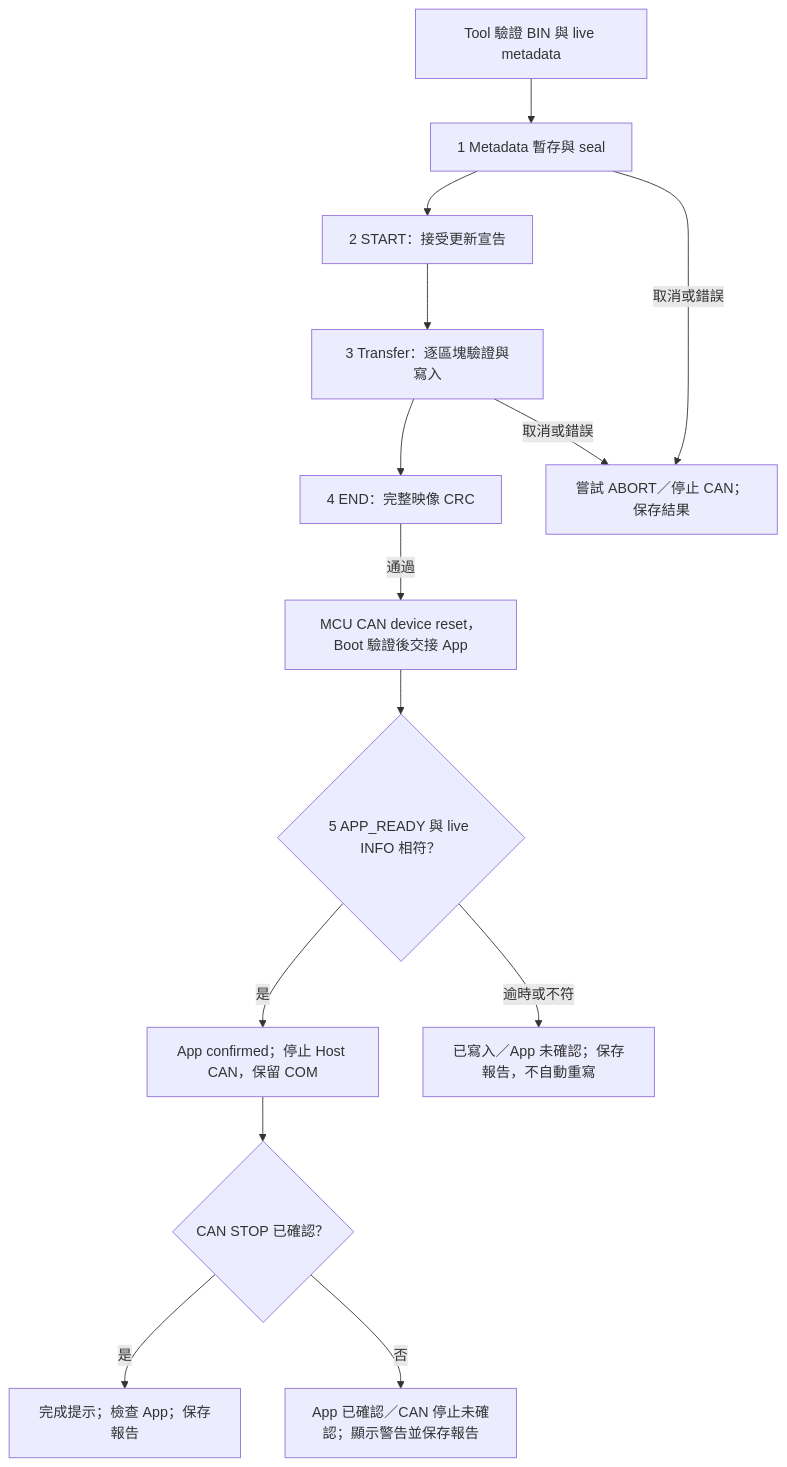
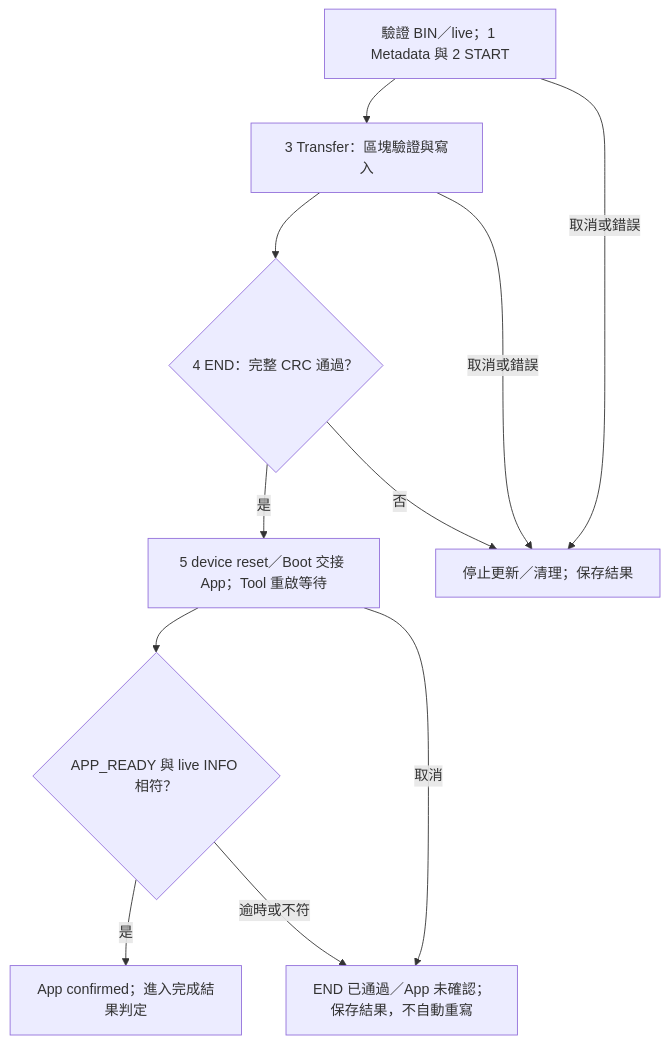
One commit to released/slide_isp_tool_for_RL78 changed diagram 15 of 19 in index.md. Above: the diagram before and after it, drawn with Mermaid. The commit also changed other lines of this file and 1 other file, not shown here.

````diff
--- a/index.md
+++ b/index.md
@@ -1133,16 +1150,13 @@
 ```mermaid
 flowchart TD
-    A["Tool 驗證 BIN 與 live metadata"] --> M["1 Metadata 暫存與 seal"]
-    M --> S["2 START：接受更新宣告"]
-    S --> B["3 Transfer：逐區塊驗證與寫入"]
-    B --> E["4 END：完整映像 CRC"]
-    E -->|通過| R["MCU CAN device reset，Boot 驗證後交接 App"]
-    R --> H{"5 APP_READY 與 live INFO 相符？"}
-    H -->|是| SC["App confirmed；停止 Host CAN，保留 COM"]
-    SC --> CS{"CAN STOP 已確認？"}
-    CS -->|是| OK["完成提示；檢查 App；保存報告"]
-    CS -->|否| CW["App 已確認／CAN 停止未確認；顯示警告並保存報告"]
-    H -->|逾時或不符| NO["已寫入／App 未確認；保存報告，不自動重寫"]
-    M -->|取消或錯誤| C["嘗試 ABORT／停止 CAN；保存結果"]
+    A["驗證 BIN／live；1 Metadata 與 2 START"] --> B["3 Transfer：區塊驗證與寫入"]
+    B --> E{"4 END：完整 CRC 通過？"}
+    E -->|是| W["5 device reset／Boot 交接 App；Tool 重啟等待"]
+    W --> H{"APP_READY 與 live INFO 相符？"}
+    H -->|是| SC["App confirmed；進入完成結果判定"]
+    H -->|逾時或不符| NO["END 已通過／App 未確認；保存結果，不自動重寫"]
+    W -->|取消| NO
+    A -->|取消或錯誤| C["停止更新／清理；保存結果"]
     B -->|取消或錯誤| C
+    E -->|否| C
 ```
````
